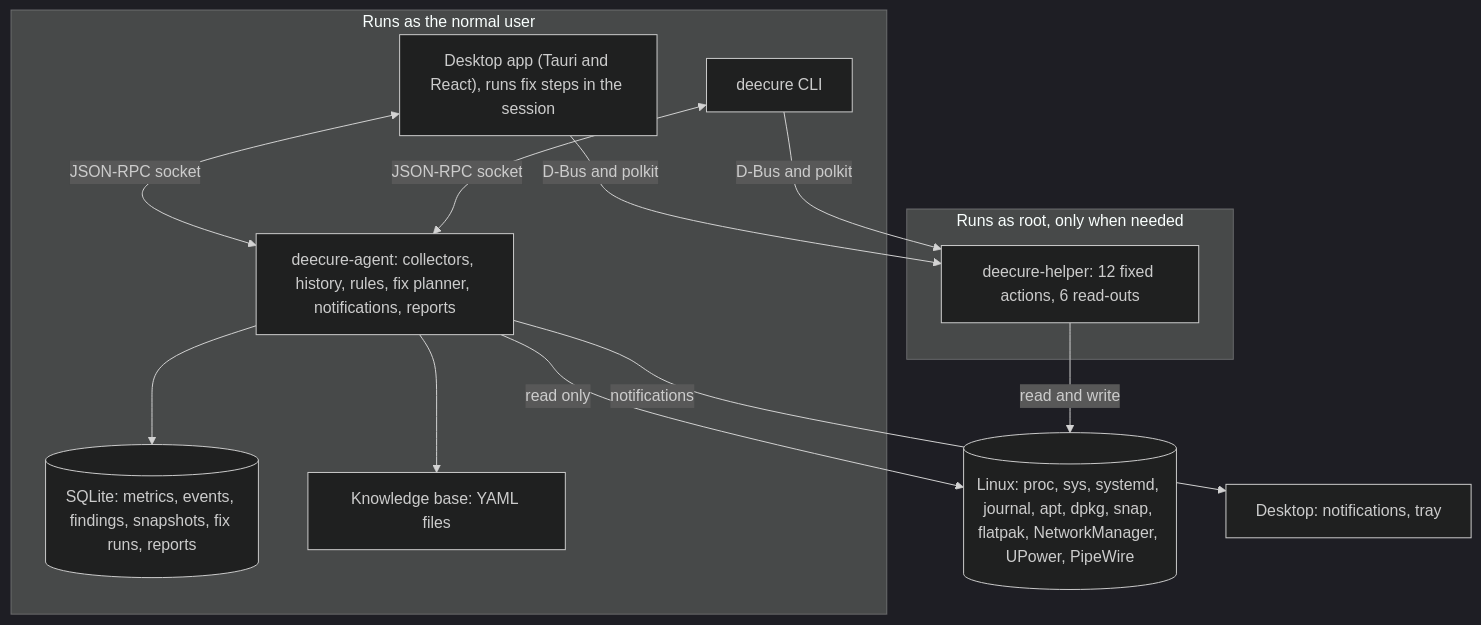
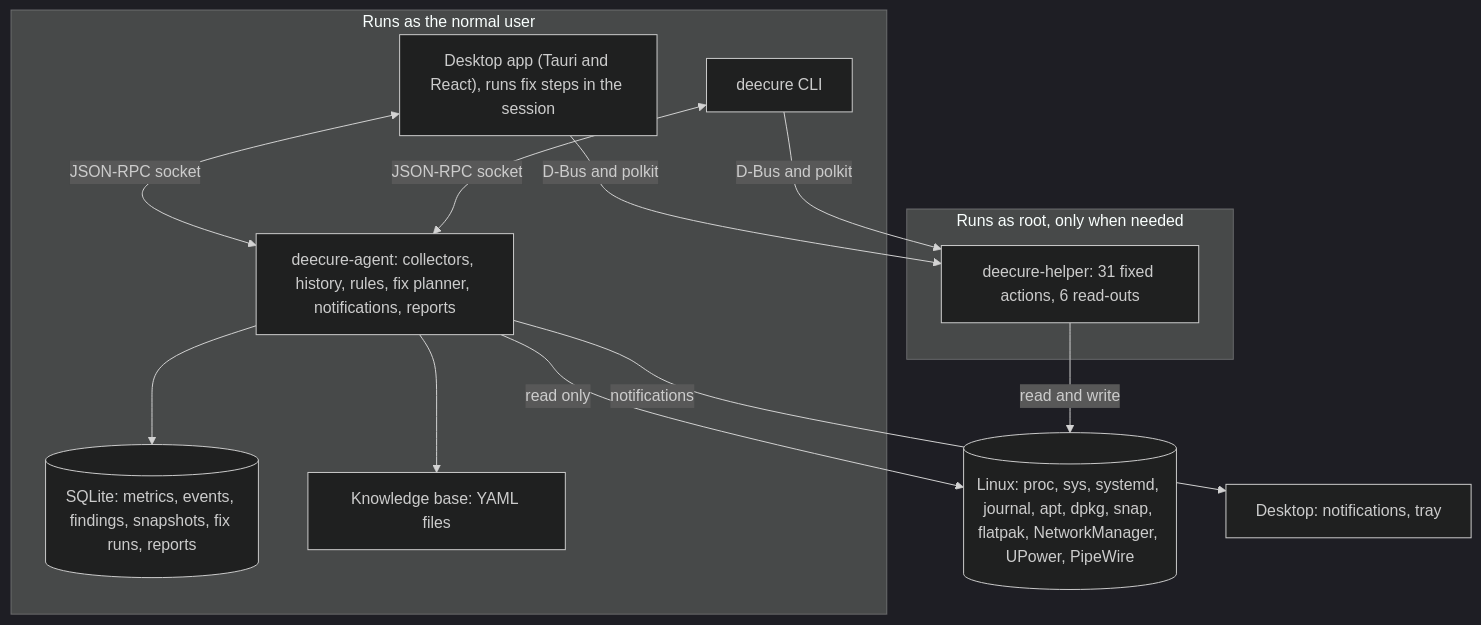
One commit to krisskad0/DeeCure changed the diagram in docs/02-architecture/overview.md. Above: the diagram before and after it, drawn with Mermaid (dark theme). The commit also changed 13 other files, not shown here.

````diff
--- a/docs/02-architecture/overview.md
+++ b/docs/02-architecture/overview.md
@@ -6,25 +6,25 @@
 ```mermaid
 flowchart TB
   subgraph UserSession["Runs as the normal user"]
     UI["Desktop app (Tauri and React), runs fix steps in the session"]
     CLI["deecure CLI"]
     AG["deecure-agent: collectors, history, rules, fix planner, notifications, reports"]
     DB[("SQLite: metrics, events, findings, snapshots, fix runs, reports")]
     KB["Knowledge base: YAML files"]
   end
   subgraph System["Runs as root, only when needed"]
-    HP["deecure-helper: 12 fixed actions, 6 read-outs"]
+    HP["deecure-helper: 31 fixed actions, 6 read-outs"]
   end
   OS[("Linux: proc, sys, systemd, journal, apt, dpkg, snap, flatpak, NetworkManager, UPower, PipeWire")]
   Desk["Desktop: notifications, tray"]
 
   UI <-->|JSON-RPC socket| AG
   CLI <-->|JSON-RPC socket| AG
   AG --> DB
   AG --> KB
   AG -->|read only| OS
   AG -->|notifications| Desk
   UI -->|D-Bus and polkit| HP
   CLI -->|D-Bus and polkit| HP
   HP -->|read and write| OS
 ```
````
